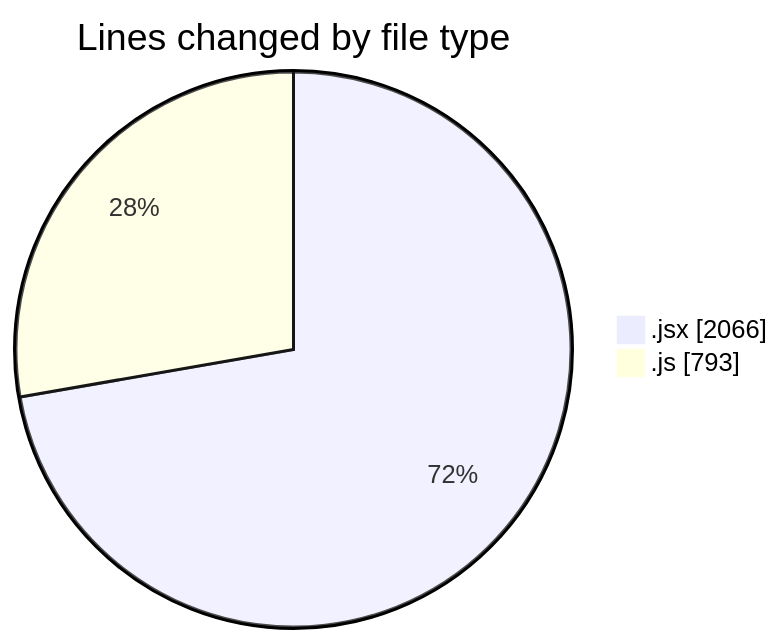
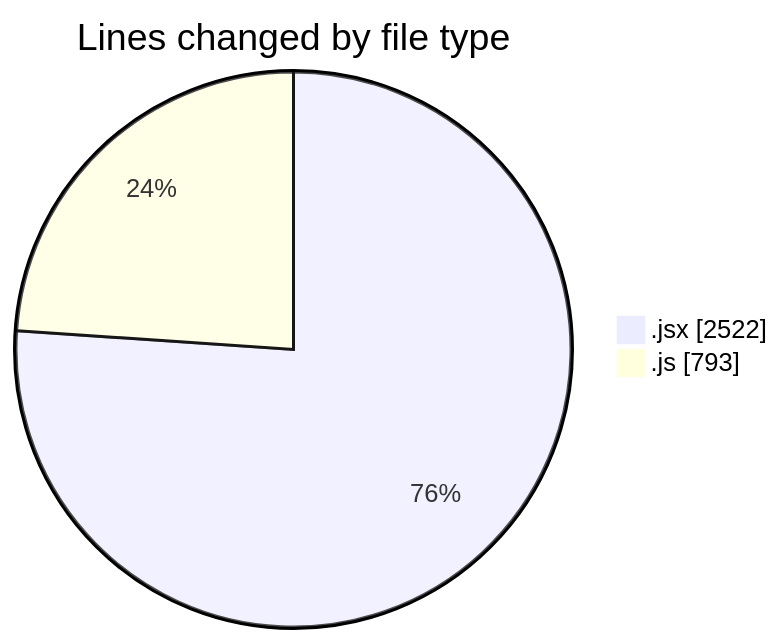
Before and after one commit to nxtqubesakshisongat/code-tracking: the first of 2 diagrams in 2025-10-27/nxtqube_webapp/README.md, drawn with Mermaid. The commit also changed other lines of this file and 1 other file, not shown here.

````diff
--- a/2025-10-27/nxtqube_webapp/README.md
+++ b/2025-10-27/nxtqube_webapp/README.md
@@ -22,6 +22,6 @@
 ```mermaid
 pie showData
 title Lines changed by file type
-".jsx" : 2066
+".jsx" : 2522
 ".js" : 793
 ```
````
